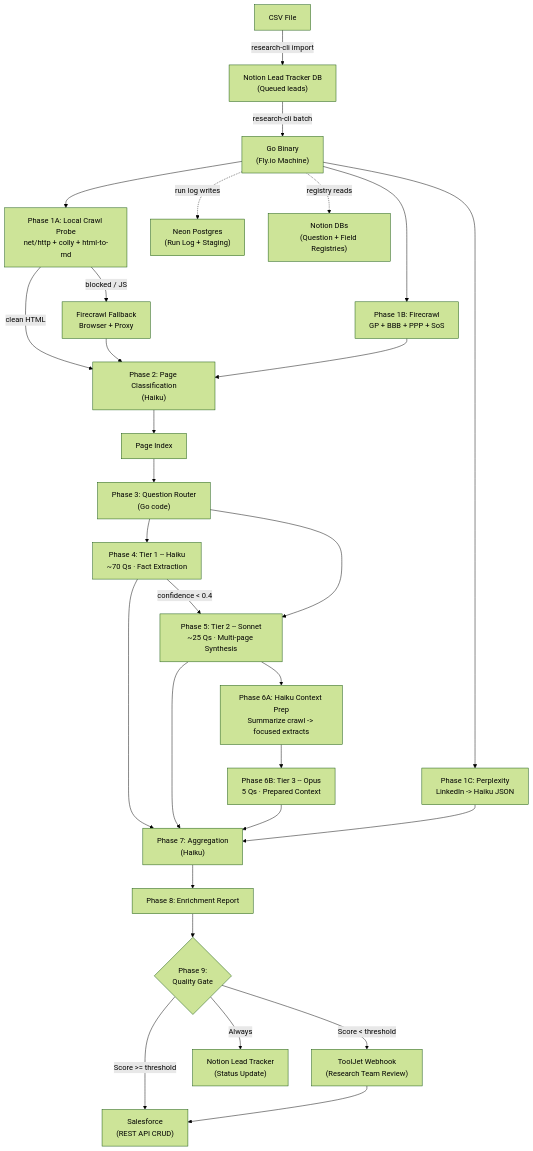
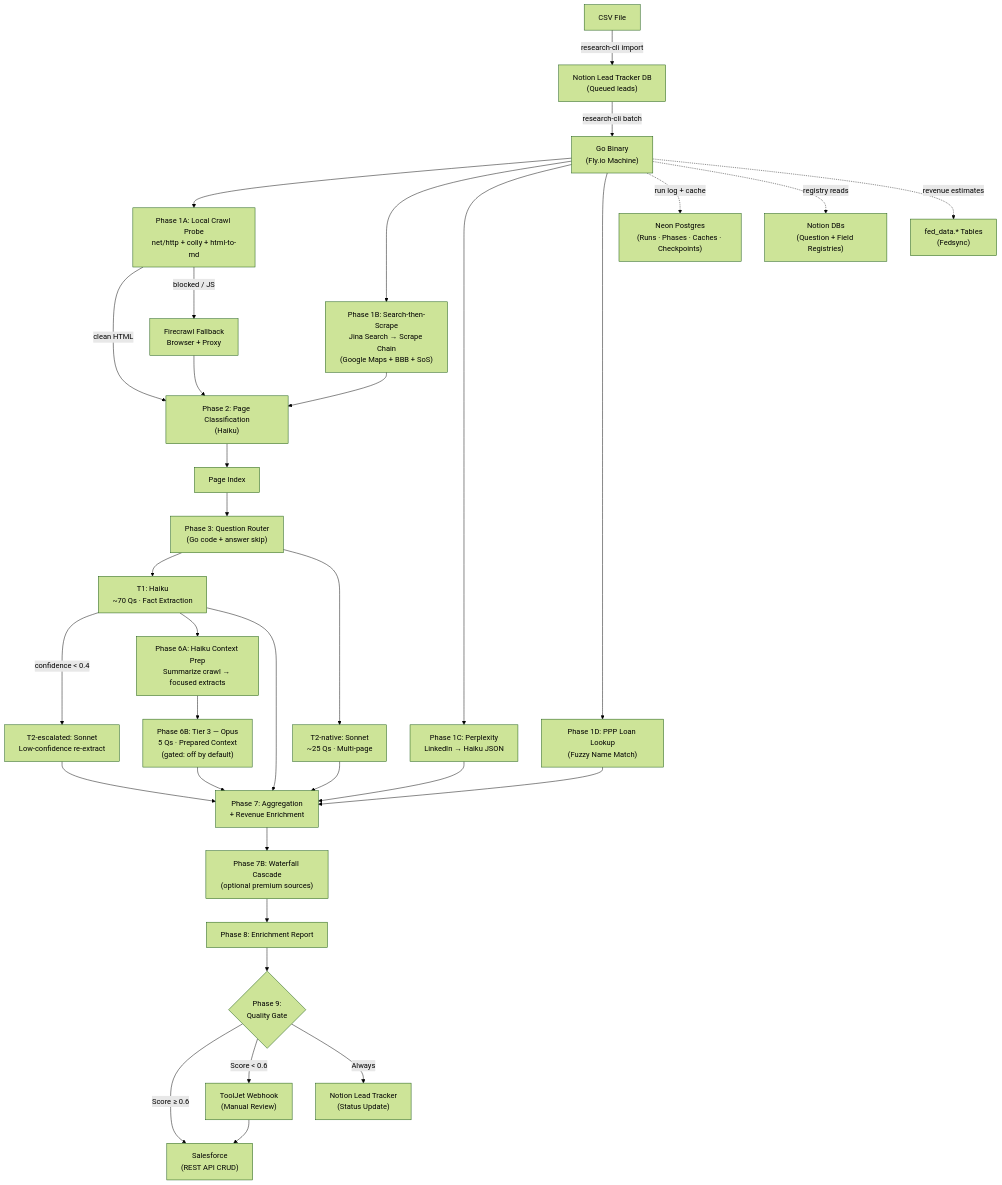
The diagram in README.md (sells-group/research-cli), drawn with Mermaid (forest theme) before and after one commit. The commit also changed other lines of this file, not shown here.

Commit message:
Update README with Jina AI integration and waterfall docs

````diff
--- a/README.md
+++ b/README.md
@@ -122,31 +162,36 @@
 ```mermaid
 flowchart TD
     CSV["CSV File"] -->|"research-cli import"| NLT["Notion Lead Tracker DB<br>(Queued leads)"]
     NLT -->|"research-cli batch"| GO["Go Binary<br>(Fly.io Machine)"]
     GO --> PROBE["Phase 1A: Local Crawl Probe<br>net/http + colly + html-to-md"]
     PROBE -->|"clean HTML"| CLASS["Phase 2: Page Classification<br>(Haiku)"]
     PROBE -->|"blocked / JS"| FC["Firecrawl Fallback<br>Browser + Proxy"]
     FC --> CLASS
-    GO --> GPBBB["Phase 1B: Firecrawl<br>GP + BBB + PPP + SoS"]
-    GO --> LI["Phase 1C: Perplexity<br>LinkedIn -> Haiku JSON"]
-    GPBBB --> CLASS
+    GO --> SCRAPE["Phase 1B: Search-then-Scrape<br>Jina Search → Scrape Chain<br>(Google Maps + BBB + SoS)"]
+    GO --> LI["Phase 1C: Perplexity<br>LinkedIn → Haiku JSON"]
+    GO --> PPP["Phase 1D: PPP Loan Lookup<br>(Fuzzy Name Match)"]
+    SCRAPE --> CLASS
     CLASS --> IDX["Page Index"]
-    IDX --> ROUTER["Phase 3: Question Router<br>(Go code)"]
-    ROUTER --> T1["Phase 4: Tier 1 -- Haiku<br>~70 Qs · Fact Extraction"]
-    T1 -->|"confidence < 0.4"| T2
-    ROUTER --> T2["Phase 5: Tier 2 -- Sonnet<br>~25 Qs · Multi-page Synthesis"]
-    T2 --> PREP["Phase 6A: Haiku Context Prep<br>Summarize crawl -> focused extracts"]
-    PREP --> T3["Phase 6B: Tier 3 -- Opus<br>5 Qs · Prepared Context"]
-    T1 --> AGG["Phase 7: Aggregation<br>(Haiku)"]
-    T2 --> AGG
+    IDX --> ROUTER["Phase 3: Question Router<br>(Go code + answer skip)"]
+    ROUTER --> T1["T1: Haiku<br>~70 Qs · Fact Extraction"]
+    ROUTER --> T2N["T2-native: Sonnet<br>~25 Qs · Multi-page"]
+    T1 -->|"confidence < 0.4"| T2E["T2-escalated: Sonnet<br>Low-confidence re-extract"]
+    T1 --> PREP["Phase 6A: Haiku Context Prep<br>Summarize crawl → focused extracts"]
+    PREP --> T3["Phase 6B: Tier 3 — Opus<br>5 Qs · Prepared Context<br>(gated: off by default)"]
+    T1 --> AGG["Phase 7: Aggregation<br>+ Revenue Enrichment"]
+    T2N --> AGG
+    T2E --> AGG
     T3 --> AGG
     LI --> AGG
-    AGG --> RPT["Phase 8: Enrichment Report"]
+    PPP --> AGG
+    AGG --> WF["Phase 7B: Waterfall Cascade<br>(optional premium sources)"]
+    WF --> RPT["Phase 8: Enrichment Report"]
     RPT --> GATE{"Phase 9:<br>Quality Gate"}
-    GATE -->|"Score >= threshold"| SF["Salesforce<br>(REST API CRUD)"]
-    GATE -->|"Score < threshold"| TJ["ToolJet Webhook<br>(Research Team Review)"]
+    GATE -->|"Score ≥ 0.6"| SF["Salesforce<br>(REST API CRUD)"]
+    GATE -->|"Score < 0.6"| TJ["ToolJet Webhook<br>(Manual Review)"]
     GATE -->|"Always"| NLT2["Notion Lead Tracker<br>(Status Update)"]
     TJ --> SF
-    GO -.->|"run log writes"| NEON["Neon Postgres<br>(Run Log + Staging)"]
+    GO -.->|"run log + cache"| NEON["Neon Postgres<br>(Runs · Phases · Caches · Checkpoints)"]
     GO -.->|"registry reads"| NREG["Notion DBs<br>(Question + Field Registries)"]
+    GO -.->|"revenue estimates"| FED["fed_data.* Tables<br>(Fedsync)"]
 ```
````
